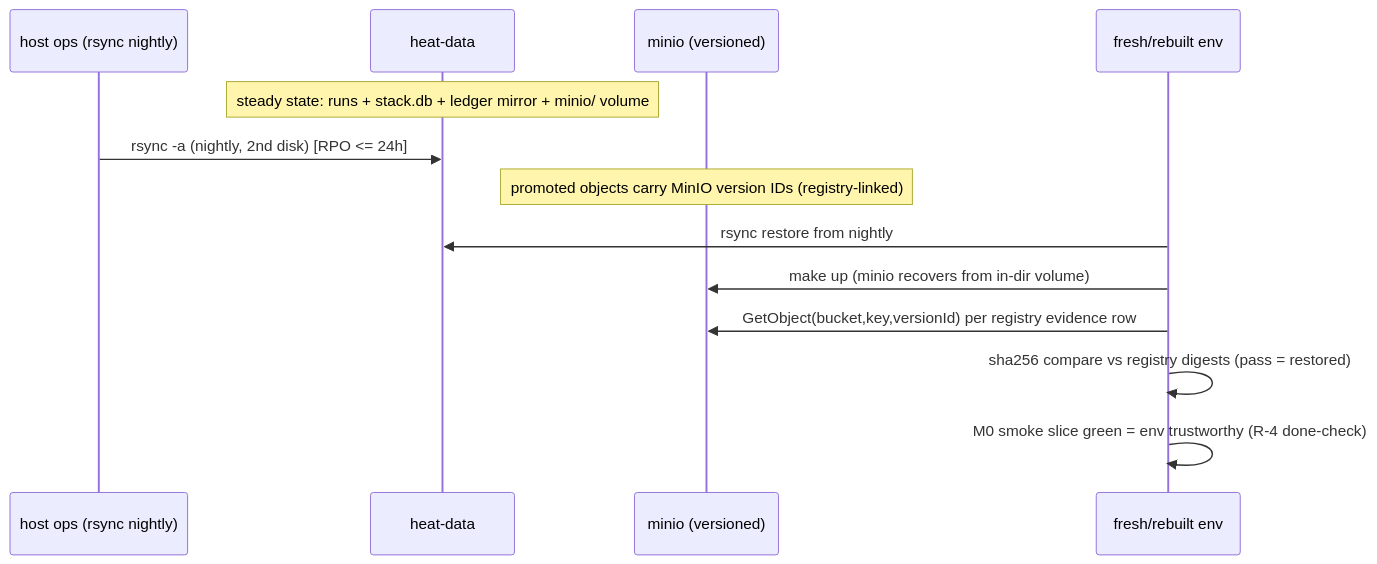
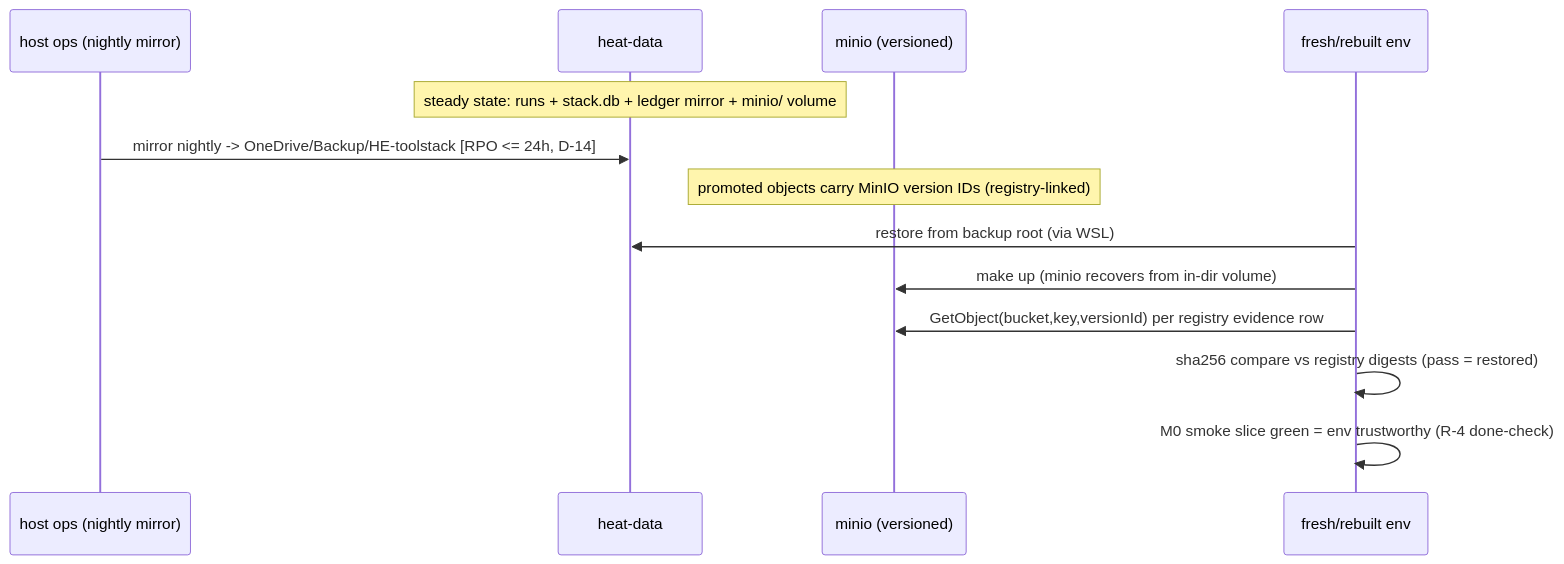
The eighth of 8 diagrams in docs/HE-TOOLSTACK-TECHNICAL-DESIGN.md (jstevenjacobs/HE-toolstack), drawn with Mermaid before and after one commit. The commit also changed other lines of this file and 8 other files, not shown here.

Commit message:
D-14 user ruling: canonical backup root = OneDrive/Backup/HE-toolstack (NFR-22, ADR-D-14, TD §6.9 + §9/§12/D8/R-4/R-8, BACKUP_ROOT)

````diff
--- a/docs/HE-TOOLSTACK-TECHNICAL-DESIGN.md
+++ b/docs/HE-TOOLSTACK-TECHNICAL-DESIGN.md
@@ -1143,15 +1180,15 @@
 ```mermaid
 sequenceDiagram
-    participant H as host ops (rsync nightly)
+    participant H as host ops (nightly mirror)
     participant HD as heat-data
     participant M as minio (versioned)
     participant N as fresh/rebuilt env
     Note over HD: steady state: runs + stack.db + ledger mirror + minio/ volume
-    H->>HD: rsync -a (nightly, 2nd disk) [RPO <= 24h]
+    H->>HD: mirror nightly -> OneDrive/Backup/HE-toolstack [RPO <= 24h, D-14]
     Note over M: promoted objects carry MinIO version IDs (registry-linked)
-    N->>HD: rsync restore from nightly
+    N->>HD: restore from backup root (via WSL)
     N->>M: make up (minio recovers from in-dir volume)
     N->>M: GetObject(bucket,key,versionId) per registry evidence row
     N->>N: sha256 compare vs registry digests (pass = restored)
     N->>N: M0 smoke slice green = env trustworthy (R-4 done-check)
 ```
````
